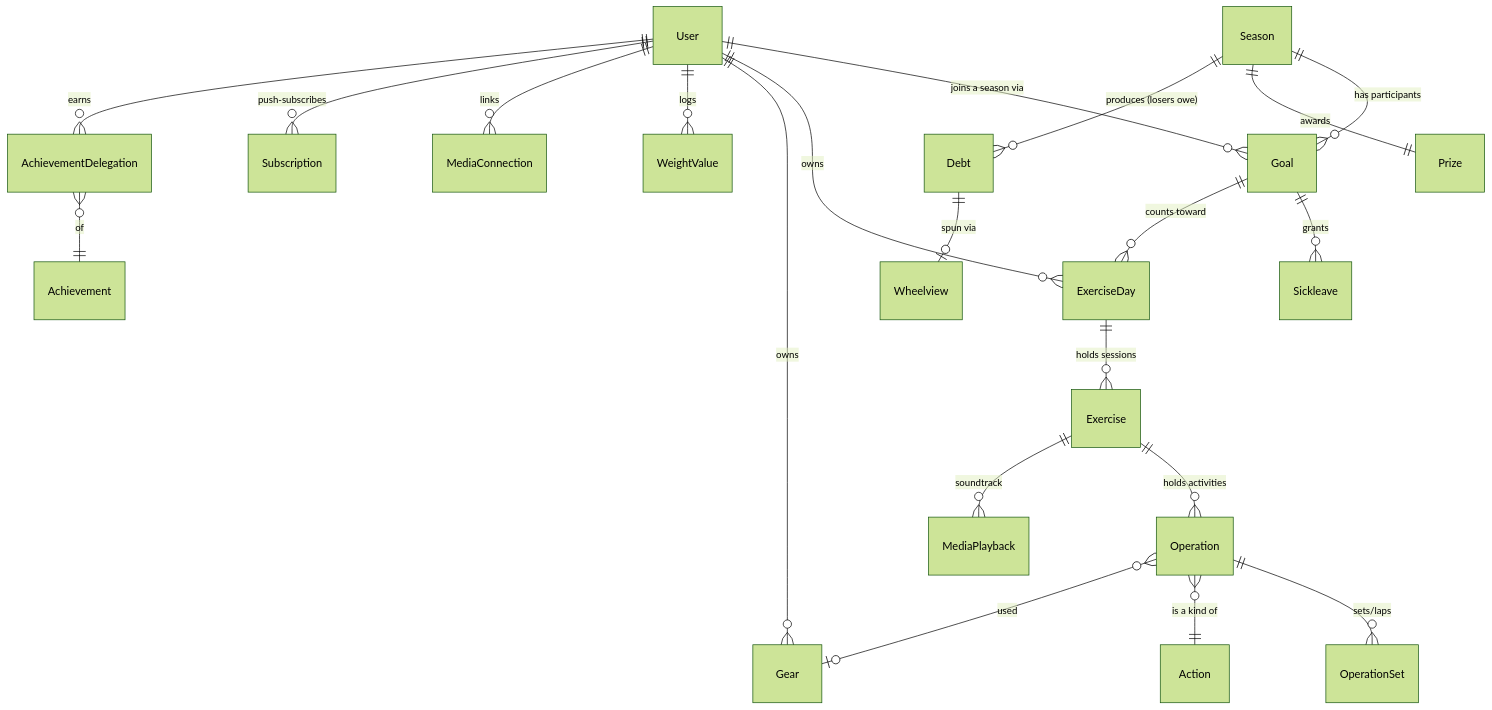
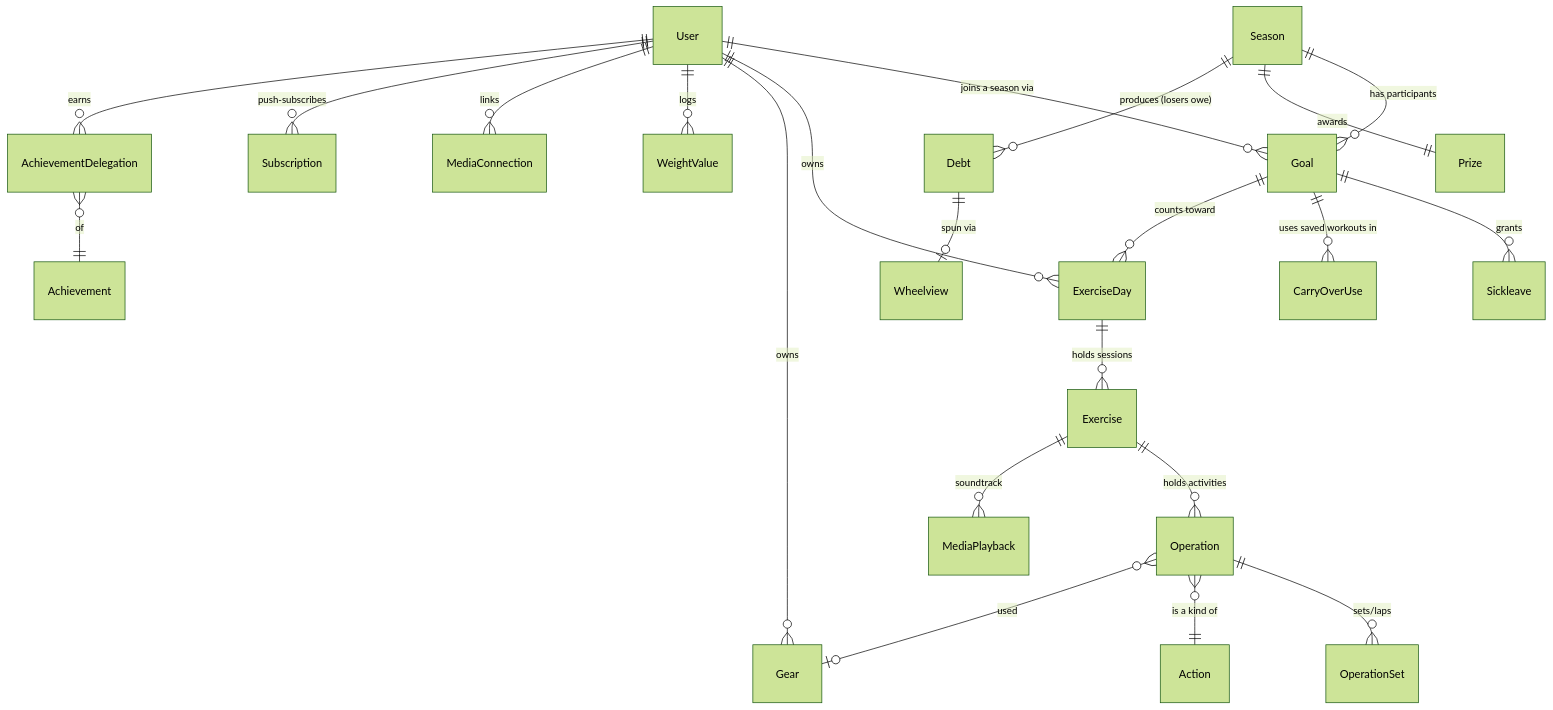
The diagram in docs/data-model.md (aunefyren/treningheten), drawn with Mermaid (forest theme) before and after one commit. The commit also changed other lines of this file and 51 other files, not shown here.

````diff
--- a/docs/data-model.md
+++ b/docs/data-model.md
@@ -39,27 +39,28 @@
 ```mermaid
 erDiagram
     User            ||--o{ Goal            : "joins a season via"
     User            ||--o{ ExerciseDay     : owns
     User            ||--o{ Gear            : owns
     User            ||--o{ WeightValue     : logs
     User            ||--o{ MediaConnection : links
     User            ||--o{ Subscription    : "push-subscribes"
     User            ||--o{ AchievementDelegation : earns
 
     Season          ||--o{ Goal            : "has participants"
     Season          ||--|| Prize           : "awards"
     Season          ||--o{ Debt            : "produces (losers owe)"
 
     Goal            ||--o{ Sickleave       : "grants"
+    Goal            ||--o{ CarryOverUse    : "uses saved workouts in"
     Goal            ||--o{ ExerciseDay     : "counts toward"
 
     ExerciseDay     ||--o{ Exercise        : "holds sessions"
     Exercise        ||--o{ Operation       : "holds activities"
     Exercise        ||--o{ MediaPlayback   : "soundtrack"
     Operation       ||--o{ OperationSet    : "sets/laps"
     Operation       }o--|| Action          : "is a kind of"
     Operation       }o--o| Gear            : "used"
 
     Debt            ||--o| Wheelview       : "spun via"
     AchievementDelegation }o--|| Achievement : "of"
 ```
````
